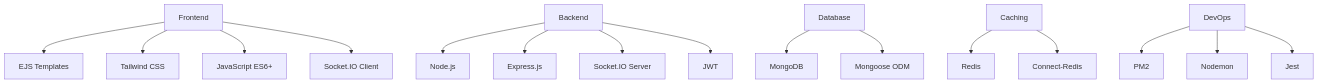
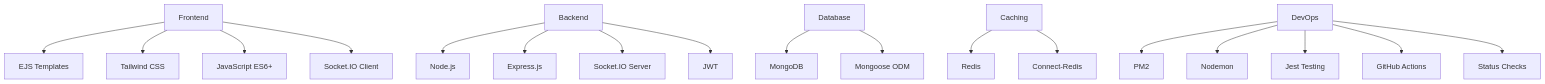
Before and after one commit to arsh342/collabspace: the first of 9 diagrams in README.md, drawn with Mermaid. The commit also changed other lines of this file and 7 other files, not shown here.

````diff
--- a/README.md
+++ b/README.md
@@ -87,22 +122,24 @@
 ```mermaid
 graph TD
     A[Frontend] --> B[EJS Templates]
     A --> C[Tailwind CSS]
     A --> D[JavaScript ES6+]
     A --> E[Socket.IO Client]
 
     F[Backend] --> G[Node.js]
     F --> H[Express.js]
     F --> I[Socket.IO Server]
     F --> J[JWT]
 
     K[Database] --> L[MongoDB]
     K --> M[Mongoose ODM]
 
     N[Caching] --> O[Redis]
     N --> P[Connect-Redis]
 
     Q[DevOps] --> R[PM2]
     Q --> S[Nodemon]
-    Q --> T[Jest]
+    Q --> T[Jest Testing]
+    Q --> U[GitHub Actions]
+    Q --> V[Status Checks]
 ```
````
